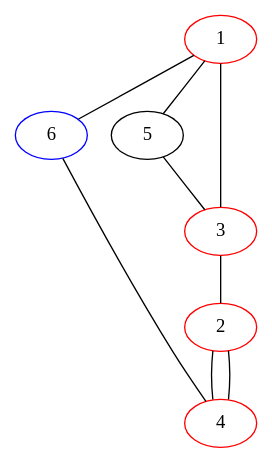
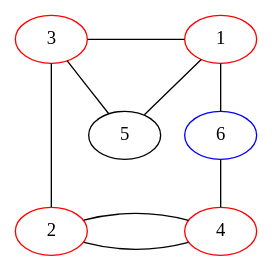
One commit to bilboquet/gamelib changed the diagram in sprouts/11312.dot. Above: the diagram before and after it, drawn with Graphviz. The commit also changed 29 other files, not shown here.

```diff
--- a/sprouts/11312.dot
+++ b/sprouts/11312.dot
@@ -1,24 +1,32 @@
 graph {
-  1 -- 6;
+  3 -- 1;
+  1 -- 6 [weight=4];
   1 -- 5;
-  1 -- 3 [weight=3];
   3 -- 2 [weight=3];
-  2 -- 4;
+  2 -- 4 [minlen=2];
   2 -- 4;
   5 -- 3;
-  6 -- 4;
+  6 -- 4 [weight=3];
 
   {
     rank="same";
-    5;
-    6;
+    3;
+    1;
+
+  }
+
+
+  {
+    rank="max";
+    2;
+    4;
 
   }
 
   1 [color="red"];
   2 [color="red"];
   3 [color="red"];
   4 [color="red"];
   6 [color="blue"];
 
 }
```
